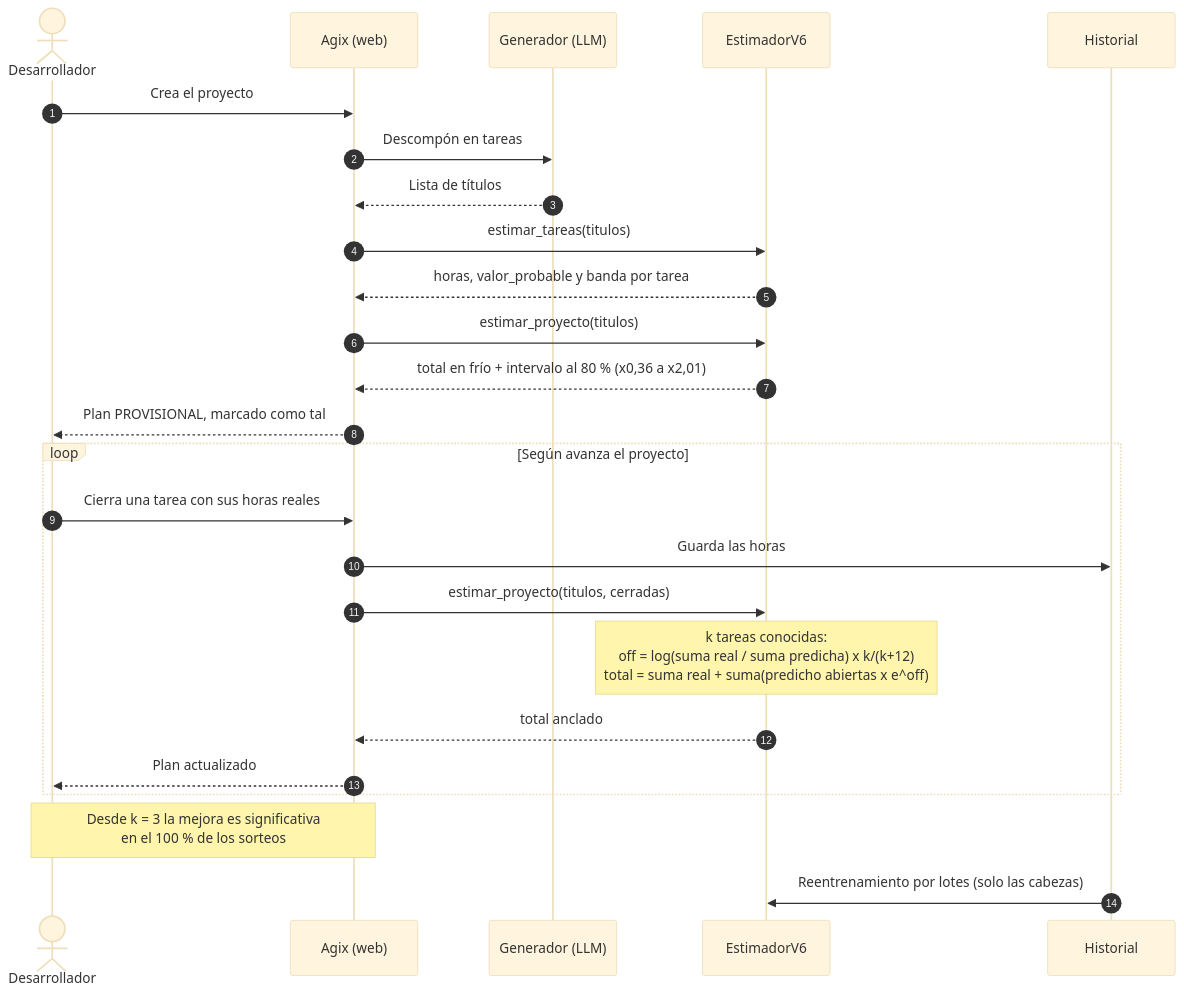
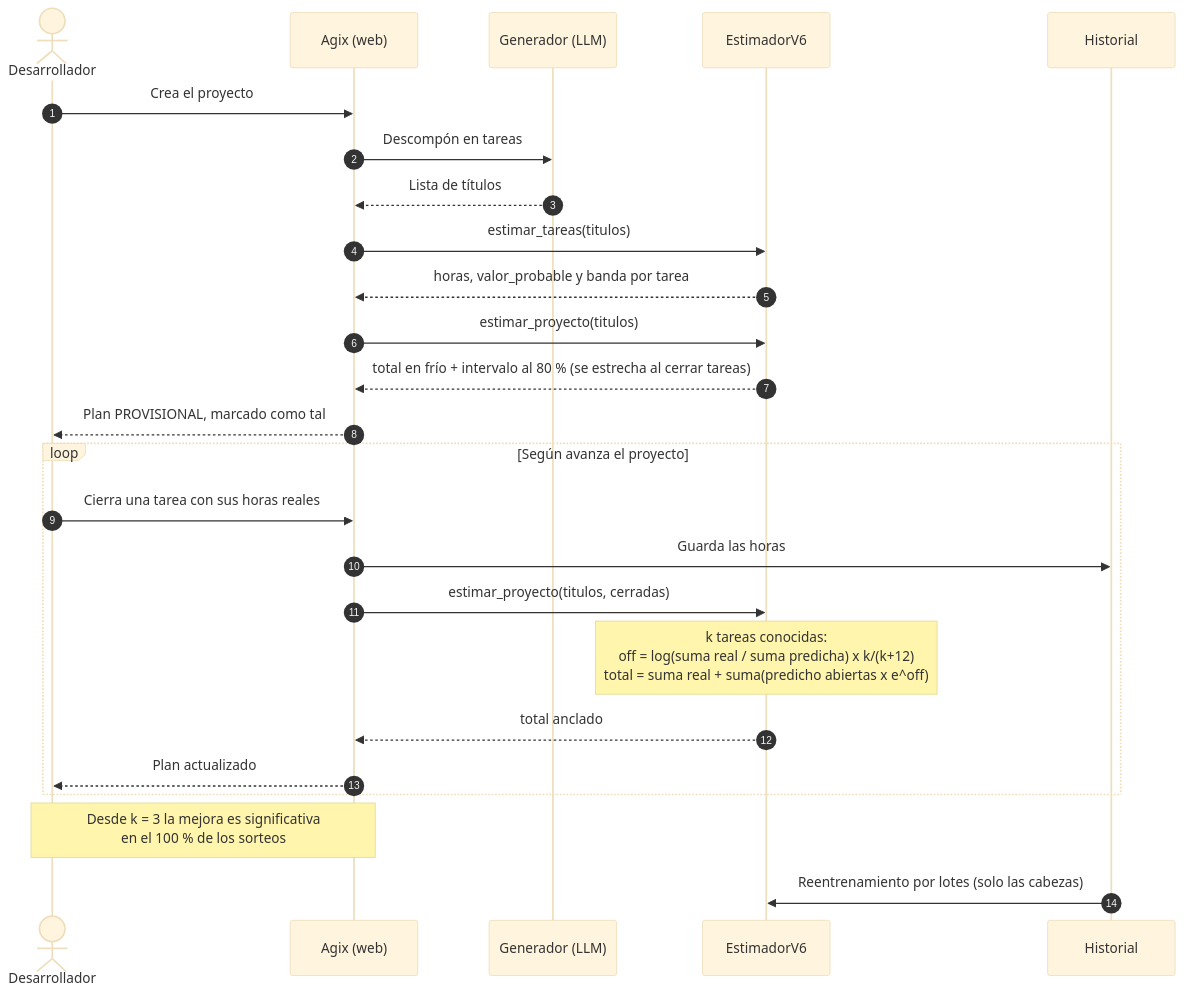
Before and after one commit to DTomasVr/Estimacion-progresiva-backlog: diagram 14 of 15 in estimador/DISENO_PIPELINE.md, drawn with Mermaid (base theme). The commit also changed other lines of this file and 5 other files, not shown here.

````diff
--- a/estimador/DISENO_PIPELINE.md
+++ b/estimador/DISENO_PIPELINE.md
@@ -1011,31 +1011,31 @@
 ```mermaid
 sequenceDiagram
     autonumber
     actor U as Desarrollador
     participant W as Agix (web)
     participant L as Generador (LLM)
     participant A as EstimadorV6
     participant D as Historial
 
     U->>W: Crea el proyecto
     W->>L: Descompón en tareas
     L-->>W: Lista de títulos
     W->>A: estimar_tareas(titulos)
     A-->>W: horas, valor_probable y banda por tarea
     W->>A: estimar_proyecto(titulos)
-    A-->>W: total en frío + intervalo al 80 % (x0,36 a x2,01)
+    A-->>W: total en frío + intervalo al 80 % (se estrecha al cerrar tareas)
     W-->>U: Plan PROVISIONAL, marcado como tal
 
     loop Según avanza el proyecto
         U->>W: Cierra una tarea con sus horas reales
         W->>D: Guarda las horas
         W->>A: estimar_proyecto(titulos, cerradas)
         Note over A: k tareas conocidas:<br/>off = log(suma real / suma predicha) x k/(k+12)<br/>total = suma real + suma(predicho abiertas x e^off)
         A-->>W: total anclado
         W-->>U: Plan actualizado
     end
 
     Note over U,W: Desde k = 3 la mejora es significativa<br/>en el 100 % de los sorteos
 
     D->>A: Reentrenamiento por lotes (solo las cabezas)
 ```
````
